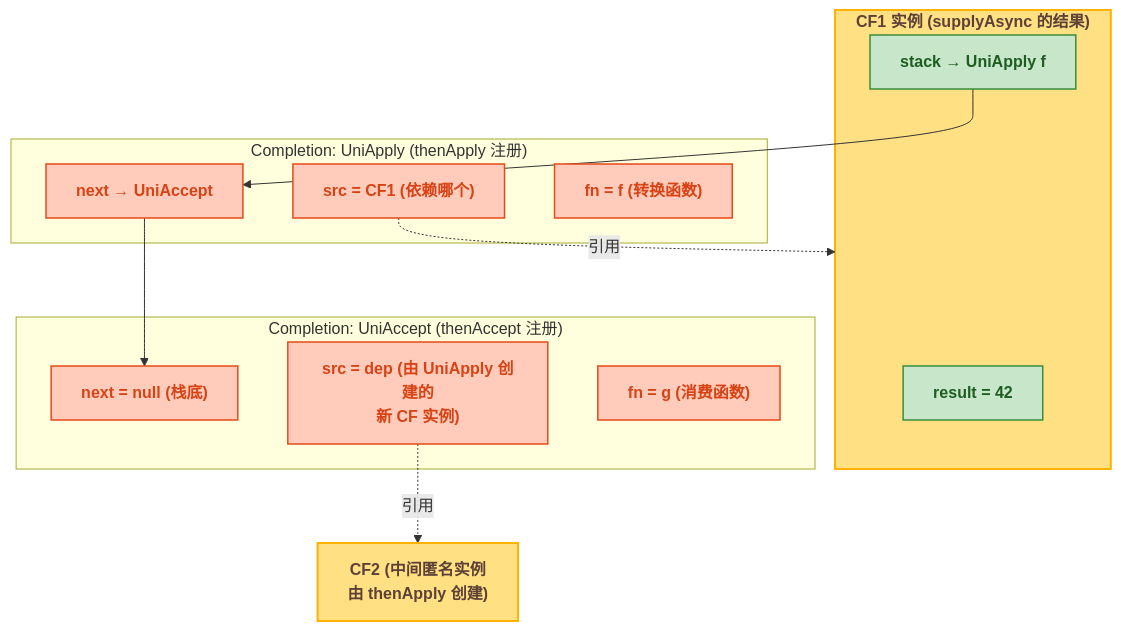
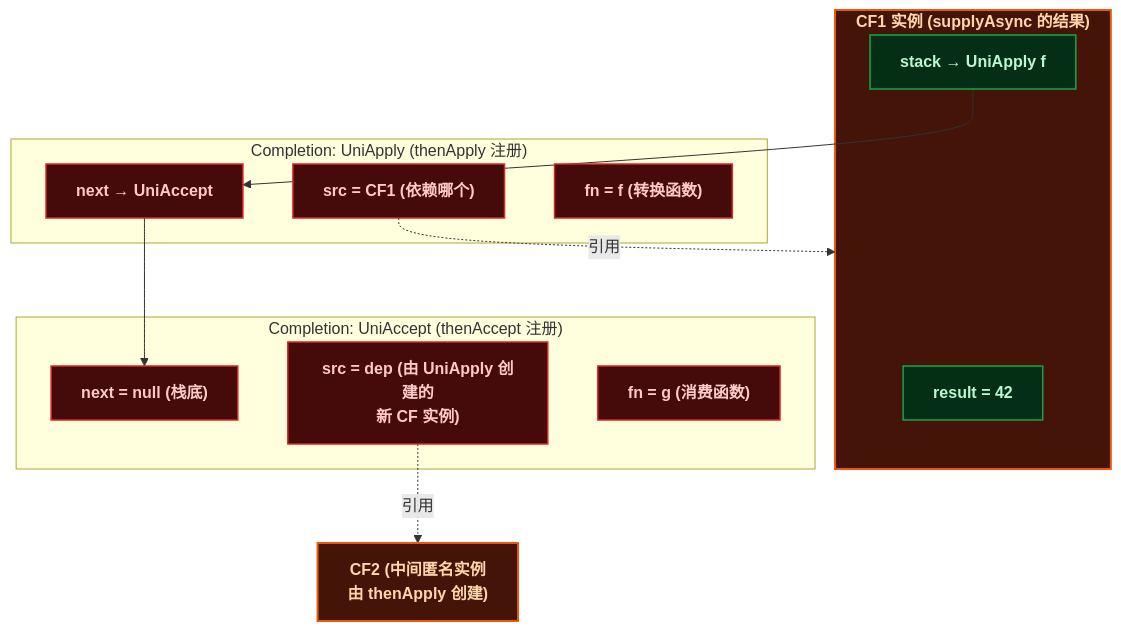
Before and after one commit to yaocat55/yaocat55.github.io: the first of 4 diagrams in content/posts/concurrency/CompletableFuture.md, drawn with Mermaid. The commit also changed other lines of this file and 155 other files, not shown here.

````diff
--- a/content/posts/concurrency/CompletableFuture.md
+++ b/content/posts/concurrency/CompletableFuture.md
@@ -101,32 +101,32 @@
 ```mermaid
 flowchart TD
-    classDef struct fill:#FFE082,stroke:#FFB300,stroke-width:2px,color:#5D4037,font-weight:bold;
-    classDef field fill:#C8E6C9,stroke:#388E3C,stroke-width:1.5px,color:#1B5E20,font-weight:bold;
-    classDef highlight fill:#FFCCBC,stroke:#E64A19,stroke-width:1.5px,color:#D84315,font-weight:bold;
+classDef struct fill:#431407,stroke:#ea580c,stroke-width:2px,color:#fed7aa,font-weight:bold;;
+classDef field fill:#052e16,stroke:#16a34a,stroke-width:1.5px,color:#bbf7d0,font-weight:bold;;
+classDef highlight fill:#450a0a,stroke:#dc2626,stroke-width:1.5px,color:#fecaca,font-weight:bold;;
 
     subgraph CF ["CF1 实例 (supplyAsync 的结果)"]
         C_result["result = 42"]
         C_stack["stack → UniApply f"]
     end
 
     subgraph UNAPPLY ["Completion: UniApply (thenApply 注册)"]
         UA_next["next → UniAccept"]
         UA_src["src = CF1 (依赖哪个)"]
         UA_fn["fn = f (转换函数)"]
     end
 
     subgraph UNIACCEPT ["Completion: UniAccept (thenAccept 注册)"]
         UB_next["next = null (栈底)"]
         UB_src["src = dep (由 UniApply 创建的\n新 CF 实例)"]
         UB_fn["fn = g (消费函数)"]
     end
 
     C_stack --> UA_next
     UA_next --> UB_next
     UA_src -.->|引用| CF
     UB_src -.->|引用| NCF["CF2 (中间匿名实例\n由 thenApply 创建)"]
 
     class CF,NCF struct;
     class C_result,C_stack field;
     class UA_next,UA_src,UA_fn,UB_next,UB_src,UB_fn highlight;
 ```
````
